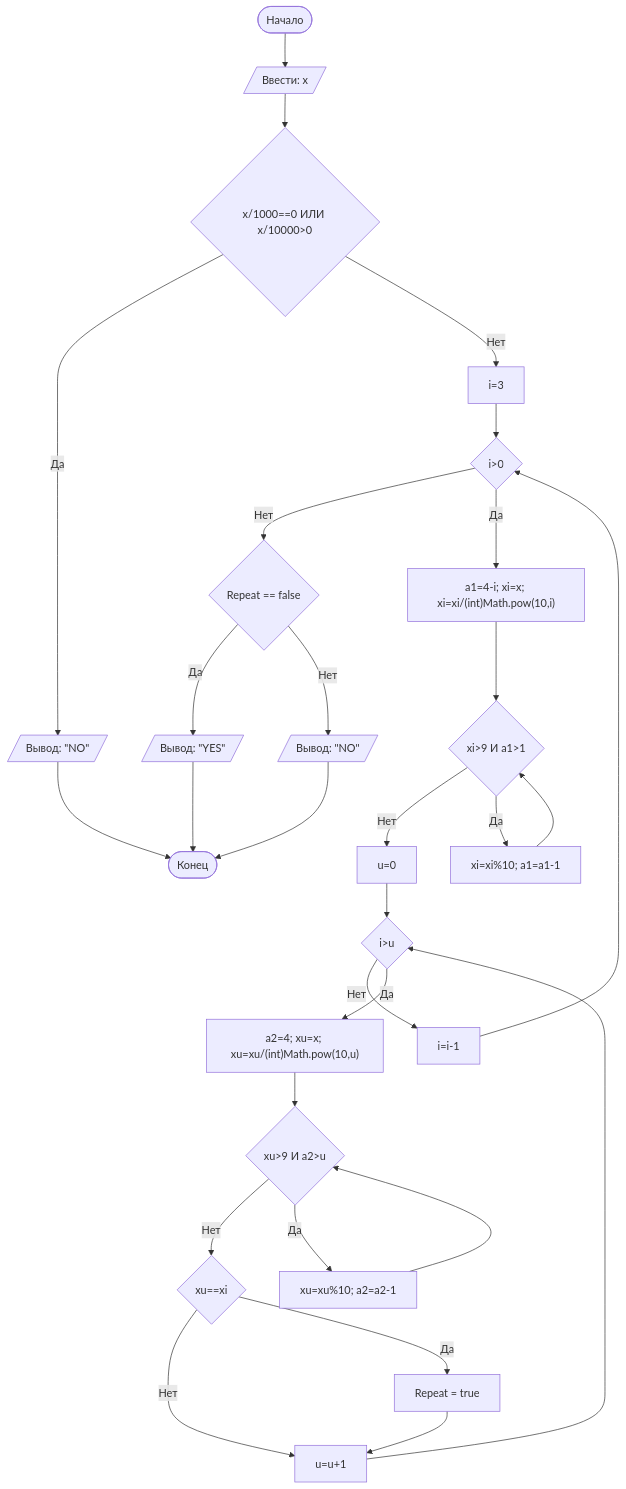
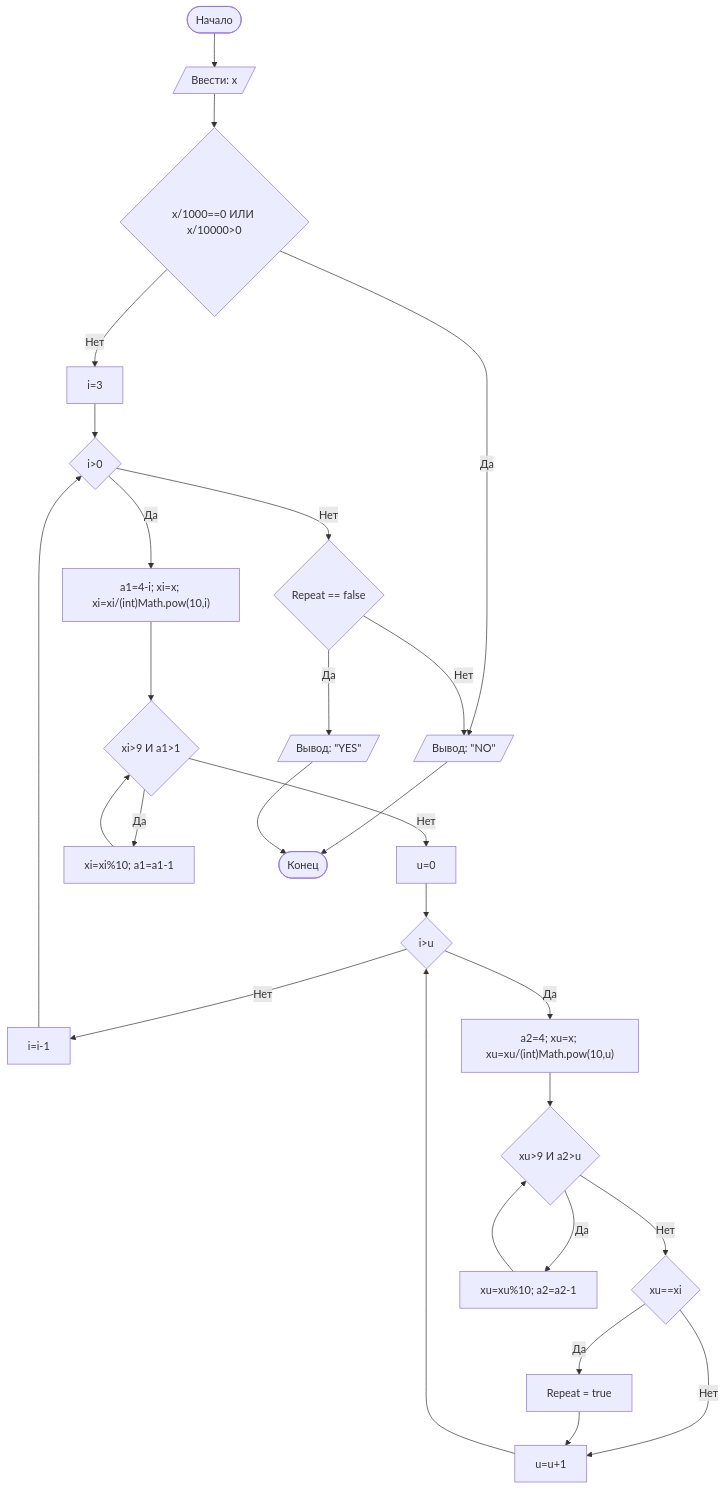
The diagram in README.md (Tabooretishe/Lab1), drawn with Mermaid before and after one commit.

````diff
--- a/README.md
+++ b/README.md
@@ -83,32 +83,31 @@
 ```mermaid
 graph TD
     A([Начало]) --> B[/Ввести: x/]
     B --> C{x/1000==0 ИЛИ x/10000>0}
-    C -- Да --> D[/Вывод: "NO"/]
+    C -- Да --> K[/Вывод: "NO"/]
     C -- Нет -->Y[i=3]
     Y --> R{i>0}
     R -- Нет -->P{Repeat == false}
     R -- Да --> W["a1=4-i; xi=x; xi=xi/(int)Math.pow(10,i)"]
     W --> S{xi>9 И a1>1}
     S -- Нет -->X[u=0]
     X --> O{"i>u"}
     O -- Нет -->Q[i=i-1]
     O -- Да --> F["a2=4; xu=x; xu=xu/(int)Math.pow(10,u)"]
     F --> M{xu>9 И a2>u}
     M -- Нет -->N{xu==xi}
     M -- Да --> G[xu=xu%10; a2=a2-1]
     G --> M
     N -- Нет -->QQ[u=u+1]
     N -- Да --> FE[Repeat = true]
     FE --> QQ
     QQ --> O
     S -- Да --> I[xi=xi%10; a1=a1-1]
     I --> S
     Q --> R
     P -- Да --> L[/Вывод: "YES"/]
     P -- Нет -->K[/Вывод: "NO"/]
     K --> Z
-    L --> Z
-    D --> Z([Конец])
+    L --> Z([Конец])
 
 ```
````
